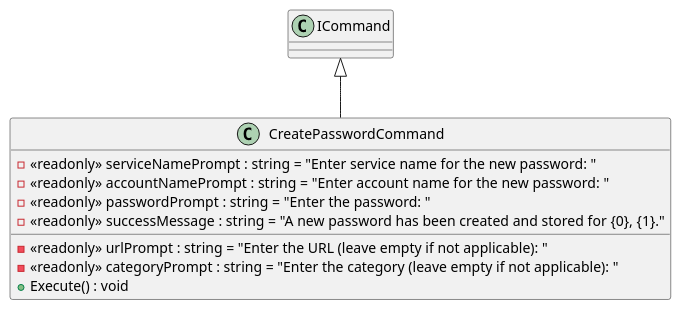
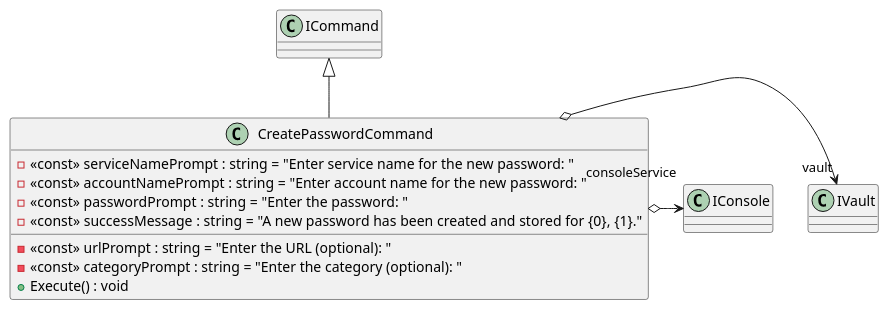
Before and after one commit to BeierKevin/KeyVaultCLI: the diagram in uml/src/KeyVaultCli.Application/PasswordEntry/Commands/CreatePasswordEntry/CreatePasswordCommand.puml, drawn with PlantUML. The commit also changed 16 other files, not shown here.

```diff
--- a/uml/src/KeyVaultCli.Application/PasswordEntry/Commands/CreatePasswordEntry/CreatePasswordCommand.puml
+++ b/uml/src/KeyVaultCli.Application/PasswordEntry/Commands/CreatePasswordEntry/CreatePasswordCommand.puml
@@ -1,12 +1,14 @@
 @startuml
 class CreatePasswordCommand {
-    - <<readonly>> serviceNamePrompt : string = "Enter service name for the new password: "
-    - <<readonly>> accountNamePrompt : string = "Enter account name for the new password: "
-    - <<readonly>> passwordPrompt : string = "Enter the password: "
-    - <<readonly>> urlPrompt : string = "Enter the URL (leave empty if not applicable): "
-    - <<readonly>> categoryPrompt : string = "Enter the category (leave empty if not applicable): "
-    - <<readonly>> successMessage : string = "A new password has been created and stored for {0&#125;, {1&#125;."
+    - <<const>> serviceNamePrompt : string = "Enter service name for the new password: "
+    - <<const>> accountNamePrompt : string = "Enter account name for the new password: "
+    - <<const>> passwordPrompt : string = "Enter the password: "
+    - <<const>> urlPrompt : string = "Enter the URL (optional): "
+    - <<const>> categoryPrompt : string = "Enter the category (optional): "
+    - <<const>> successMessage : string = "A new password has been created and stored for {0&#125;, {1&#125;."
     + Execute() : void
 }
 ICommand <|-- CreatePasswordCommand
+CreatePasswordCommand o-> "vault" IVault
+CreatePasswordCommand o-> "consoleService" IConsole
 @enduml
```
